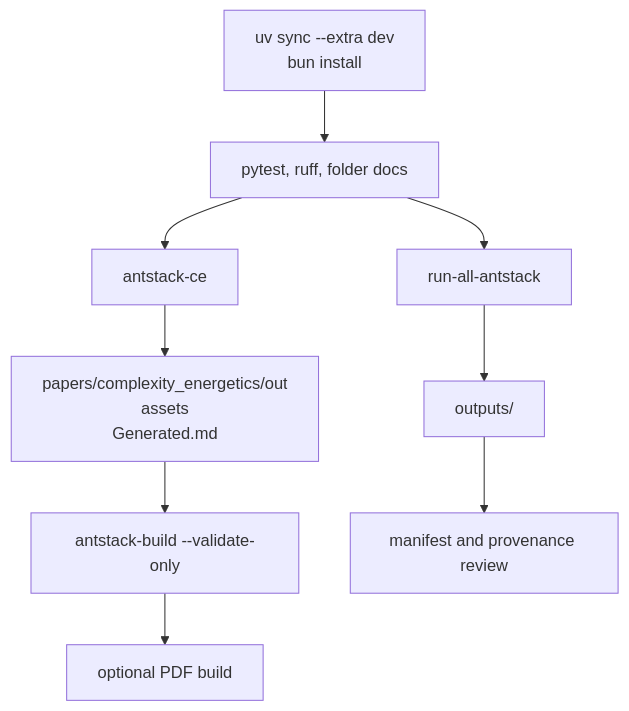
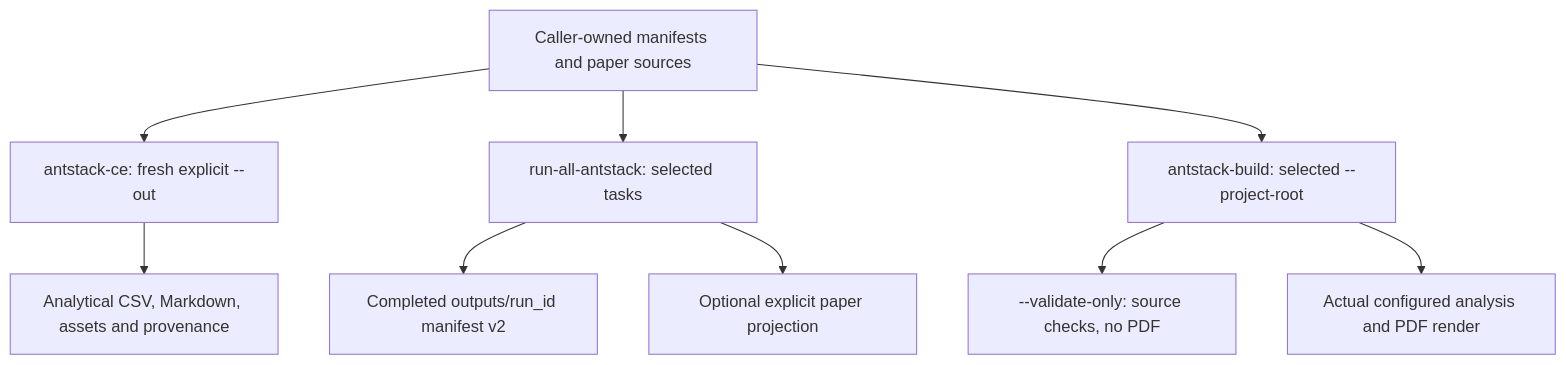
One commit to docxology/ant_stack changed the diagram in UNIFIED_WORKFLOW_GUIDE.md. Above: the diagram before and after it, drawn with Mermaid. The commit also changed other lines of this file and 254 other files, not shown here.

````diff
--- a/UNIFIED_WORKFLOW_GUIDE.md
+++ b/UNIFIED_WORKFLOW_GUIDE.md
@@ -5,11 +5,11 @@
 ```mermaid
 flowchart TD
-    Setup["uv sync --extra dev\nbun install"] --> Validate["pytest, ruff, folder docs"]
-    Validate --> RunAll["run-all-antstack"]
-    RunAll --> Canonical["outputs/<run_id>"]
-    Validate --> CE["antstack-ce"]
-    CE --> Compat["papers/complexity_energetics/out\nassets\nGenerated.md"]
-    Compat --> Build["antstack-build --validate-only"]
-    Canonical --> Review["manifest and provenance review"]
-    Build --> Paper["optional PDF build"]
+    Inputs["Caller-owned manifests and paper sources"] --> CE["antstack-ce: fresh explicit --out"]
+    Inputs --> Run["run-all-antstack: selected tasks"]
+    Inputs --> Build["antstack-build: selected --project-root"]
+    CE --> Family["Analytical CSV, Markdown, assets and provenance"]
+    Run --> Canonical["Completed outputs/run_id manifest v2"]
+    Run --> Projection["Optional explicit paper projection"]
+    Build --> Validate["--validate-only: source checks, no PDF"]
+    Build --> Render["Actual configured analysis and PDF render"]
 ```
````
